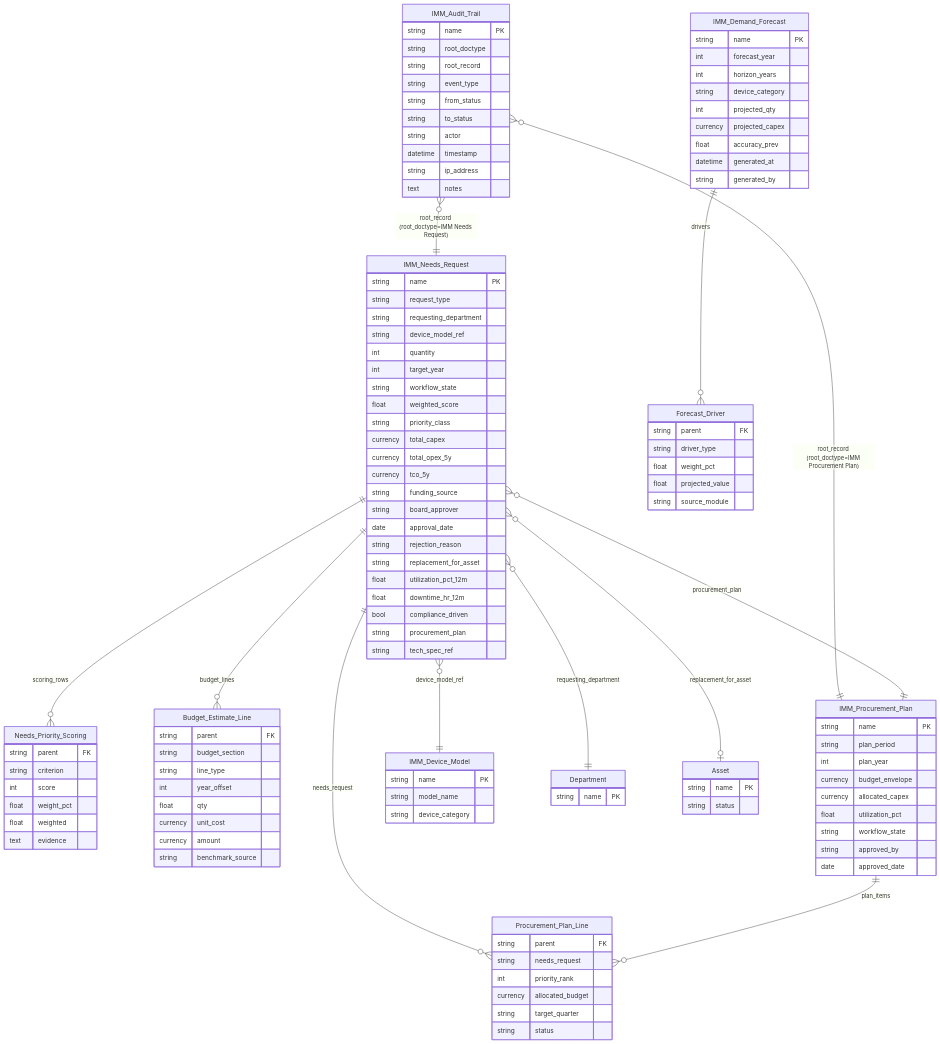
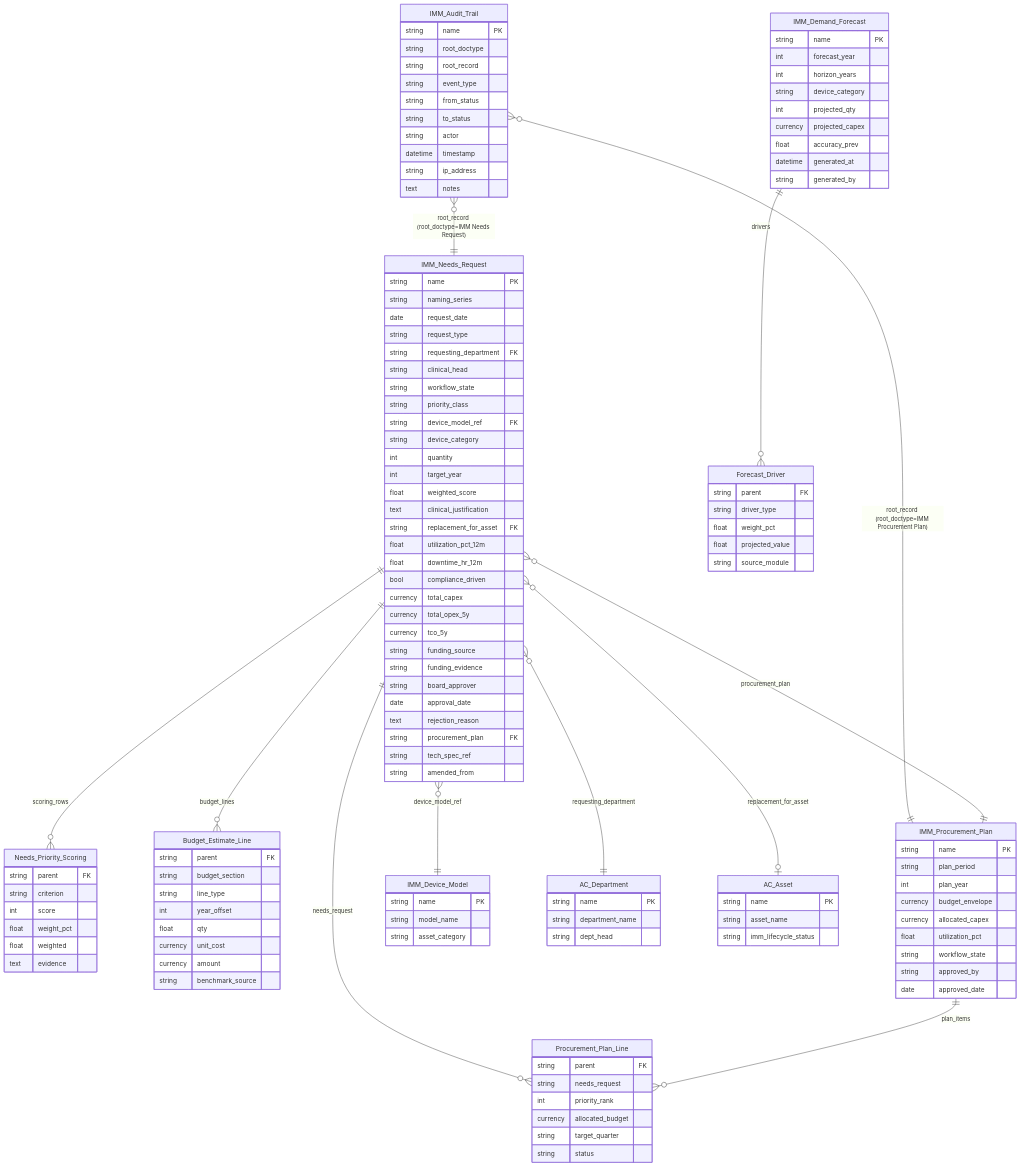
Before and after one commit to mvl26/Assetcore: the first of 5 diagrams in docs/imm-01/03_Diagrams.md, drawn with Mermaid. The commit also changed other lines of this file and 180 other files, not shown here.

````diff
--- a/docs/imm-01/03_Diagrams.md
+++ b/docs/imm-01/03_Diagrams.md
@@ -15,27 +16,34 @@
 erDiagram
     IMM_Needs_Request {
         string name PK
+        string naming_series
+        date request_date
         string request_type
-        string requesting_department
-        string device_model_ref
+        string requesting_department FK
+        string clinical_head
+        string workflow_state
+        string priority_class
+        string device_model_ref FK
+        string device_category
         int quantity
         int target_year
-        string workflow_state
         float weighted_score
-        string priority_class
+        text clinical_justification
+        string replacement_for_asset FK
+        float utilization_pct_12m
+        float downtime_hr_12m
+        bool compliance_driven
         currency total_capex
         currency total_opex_5y
         currency tco_5y
         string funding_source
+        string funding_evidence
         string board_approver
         date approval_date
-        string rejection_reason
-        string replacement_for_asset
-        float utilization_pct_12m
-        float downtime_hr_12m
-        bool compliance_driven
-        string procurement_plan
+        text rejection_reason
+        string procurement_plan FK
         string tech_spec_ref
+        string amended_from
     }
 
     Needs_Priority_Scoring {
@@ -115,16 +123,19 @@
     IMM_Device_Model {
         string name PK
         string model_name
-        string device_category
+        string asset_category
     }
 
-    Department {
+    AC_Department {
         string name PK
+        string department_name
+        string dept_head
     }
 
-    Asset {
+    AC_Asset {
         string name PK
-        string status
+        string asset_name
+        string imm_lifecycle_status
     }
 
     IMM_Needs_Request ||--o{ Needs_Priority_Scoring : "scoring_rows"
@@ -134,8 +145,8 @@
     Procurement_Plan_Line }o--|| IMM_Needs_Request : "needs_request"
     IMM_Demand_Forecast ||--o{ Forecast_Driver : "drivers"
     IMM_Needs_Request }o--|| IMM_Device_Model : "device_model_ref"
-    IMM_Needs_Request }o--|| Department : "requesting_department"
-    IMM_Needs_Request }o--o| Asset : "replacement_for_asset"
+    IMM_Needs_Request }o--|| AC_Department : "requesting_department"
+    IMM_Needs_Request }o--o| AC_Asset : "replacement_for_asset"
     IMM_Audit_Trail }o--|| IMM_Needs_Request : "root_record (root_doctype=IMM Needs Request)"
     IMM_Audit_Trail }o--|| IMM_Procurement_Plan : "root_record (root_doctype=IMM Procurement Plan)"
 ```
````
